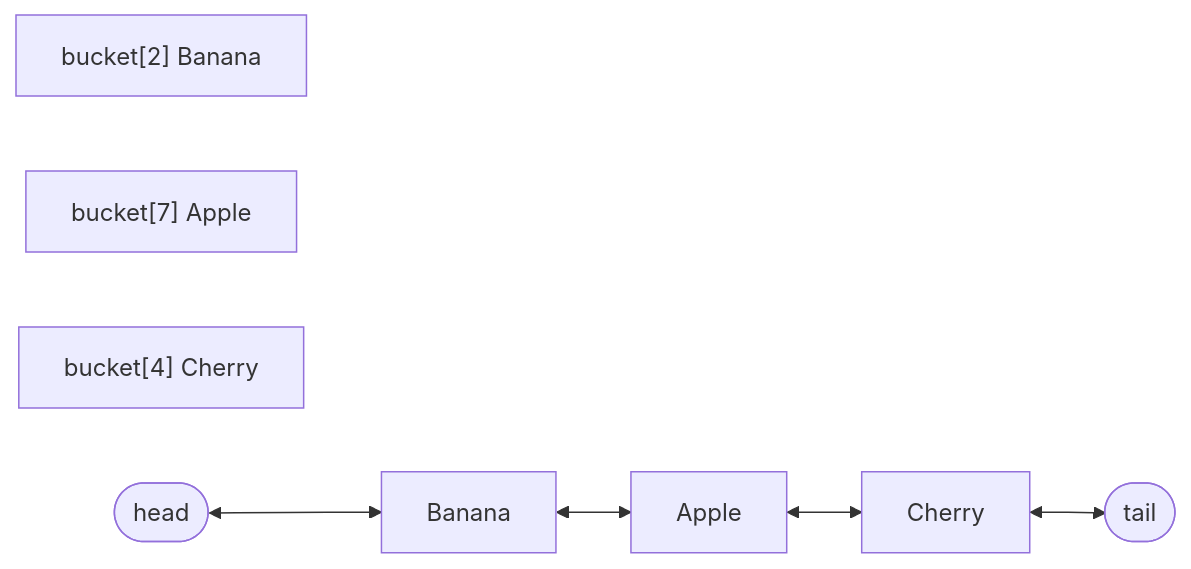
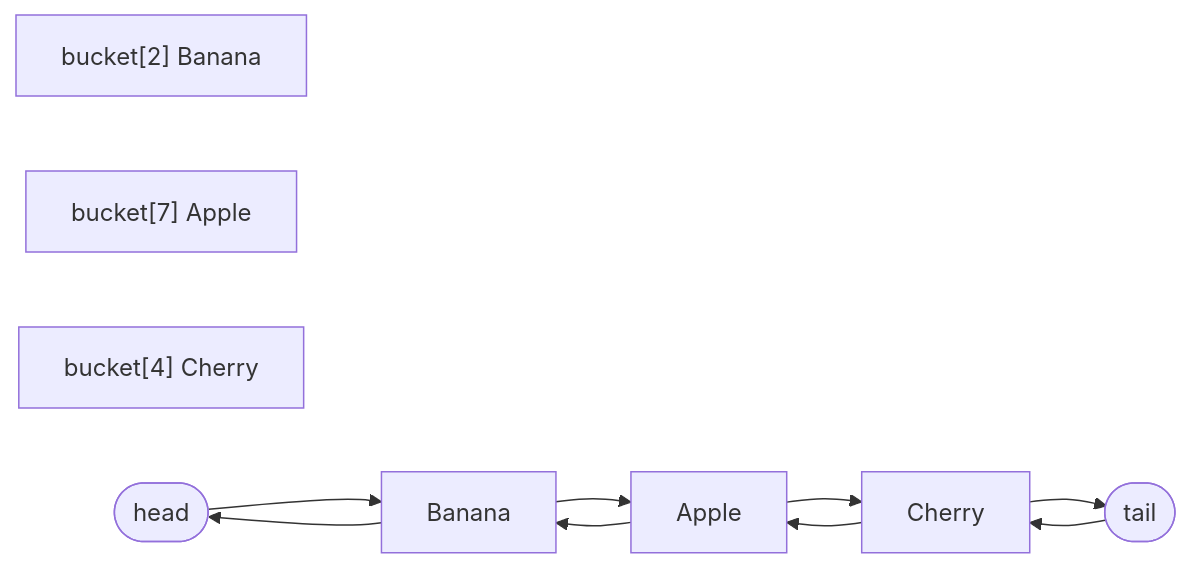
The eighth of 21 diagrams in _posts/java/2026-05-01-java-collections.md (yjkim2015/yjkim2015.github.io), drawn with Mermaid before and after one commit. The commit also changed other lines of this file and 38 other files, not shown here.

First line of the commit message:
Mermaid 파싱 에러 최종 수정 + 화살표 간격 확대

````diff
--- a/_posts/java/2026-05-01-java-collections.md
+++ b/_posts/java/2026-05-01-java-collections.md
@@ -327,7 +330,8 @@
 ```mermaid
 graph LR
     B2["bucket[2] Banana"]
     B7["bucket[7] Apple"]
     B4["bucket[4] Cherry"]
-    H(["head"]) <--> BN["Banana"] <--> AP["Apple"] <--> CH["Cherry"] <--> T(["tail"])
+    H(["head"]) --> BN["Banana"] --> AP["Apple"] --> CH["Cherry"] --> T(["tail"])
+    T --> CH --> AP --> BN --> H
 ```
````
